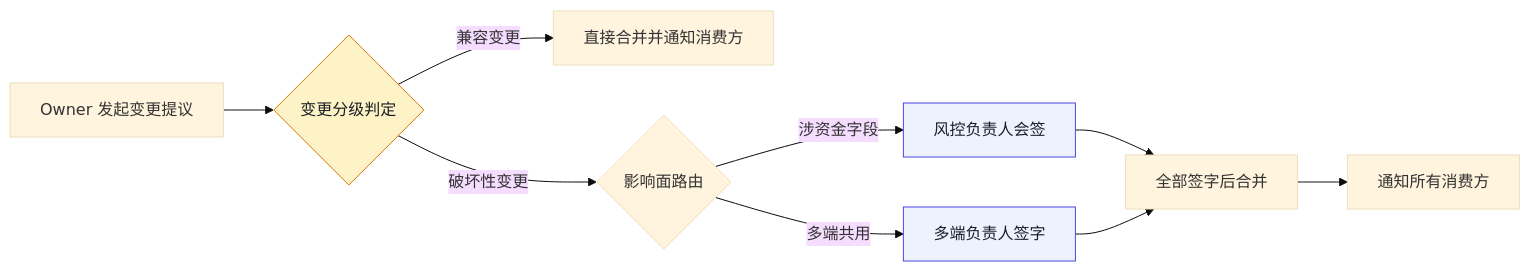
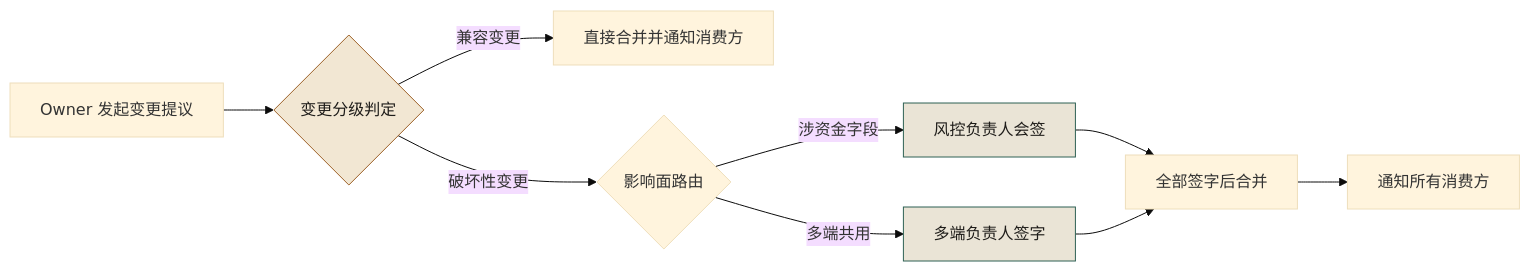
One commit to funny8kids/AI_Native_Software_Engineering changed the third of 3 diagrams in docs/manuscript/ch14-第9章-契约先行.md. Above: the diagram before and after it, drawn with Mermaid (base theme). The commit also changed other lines of this file and 81 other files, not shown here.

````diff
--- a/docs/manuscript/ch14-第9章-契约先行.md
+++ b/docs/manuscript/ch14-第9章-契约先行.md
@@ -116,14 +116,14 @@
 ```mermaid
 flowchart LR
   PROP[Owner 发起变更提议] --> CLS{变更分级判定}
   CLS -->|兼容变更| FAST[直接合并并通知消费方]
   CLS -->|破坏性变更| ROUTE{影响面路由}
   ROUTE -->|涉资金字段| RISK[风控负责人会签]
   ROUTE -->|多端共用| MULTI[多端负责人签字]
   RISK --> MERGE[全部签字后合并]
   MULTI --> MERGE
   MERGE --> NOTIFY[通知所有消费方]
-  style CLS fill:#fef3c7,stroke:#d97706,color:#1a1d23
-  style RISK fill:#eef2ff,stroke:#4f46e5,color:#1a1d23
-  style MULTI fill:#eef2ff,stroke:#4f46e5,color:#1a1d23
+  style CLS fill:#f2e7d3,stroke:#9d6127,color:#1e1c19
+  style RISK fill:#eae4d6,stroke:#2f6154,color:#1e1c19
+  style MULTI fill:#eae4d6,stroke:#2f6154,color:#1e1c19
 ```
````
